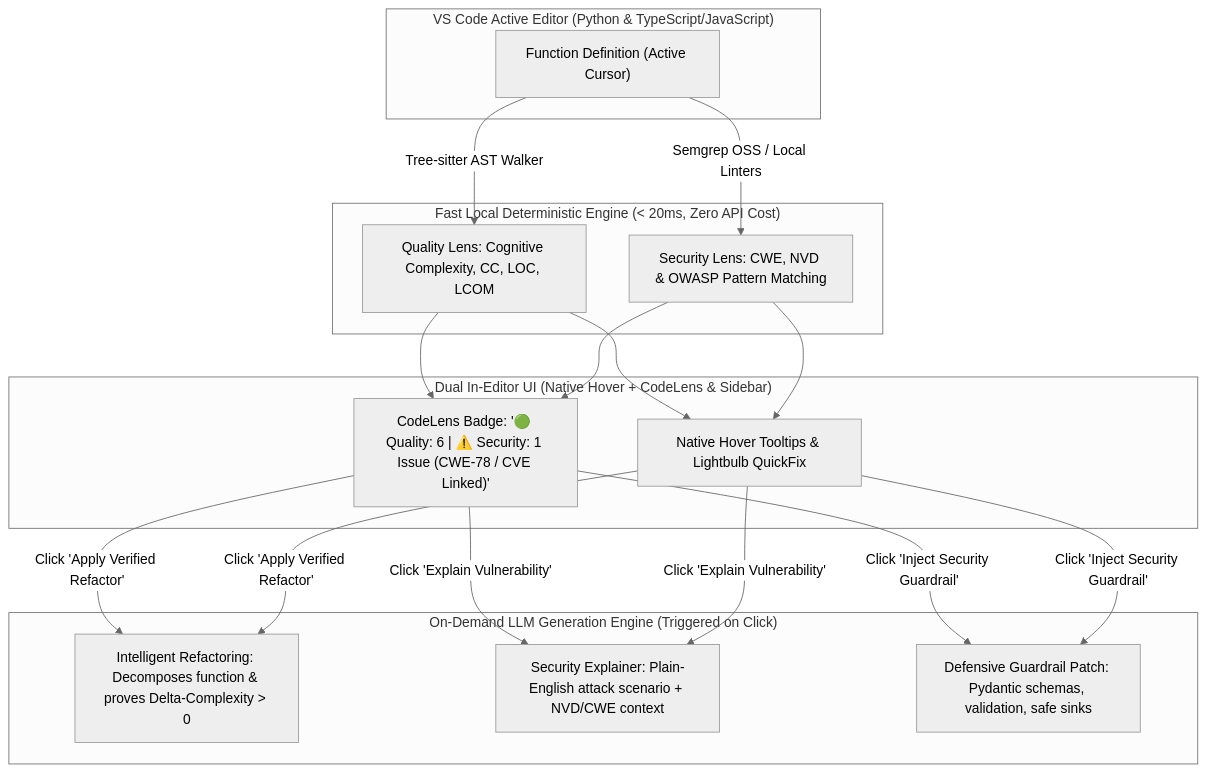
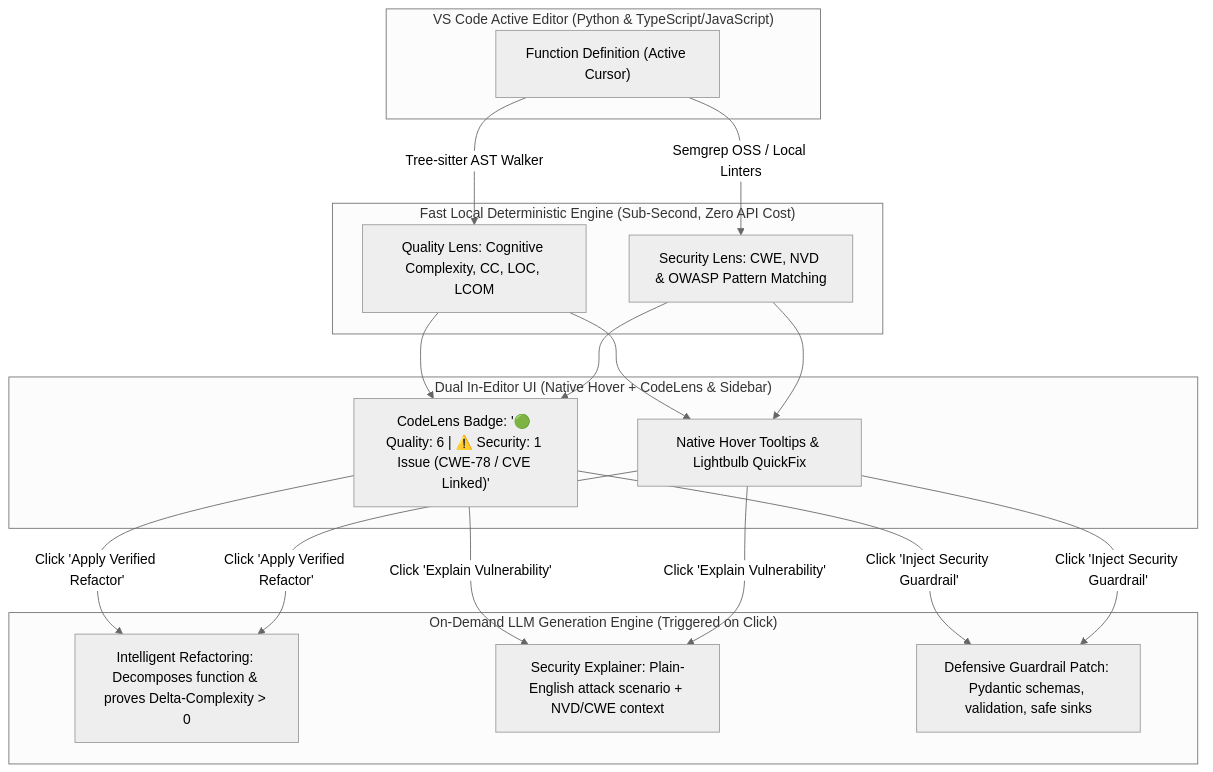
Before and after one commit to Fool-Penguin/Senior-Project: the first of 4 diagrams in 01_project_proposals/01_Project_Specification.md, drawn with Mermaid (neutral theme). The commit also changed other lines of this file and 1 other file, not shown here.

````diff
--- a/01_project_proposals/01_Project_Specification.md
+++ b/01_project_proposals/01_Project_Specification.md
@@ -49,22 +49,22 @@
 ```mermaid
 flowchart TD
     subgraph Editor ["VS Code Active Editor (Python & TypeScript/JavaScript)"]
         F1["Function Definition (Active Cursor)"]
     end
 
-    subgraph FastLocalEngine ["Fast Local Deterministic Engine (< 20ms, Zero API Cost)"]
+    subgraph FastLocalEngine ["Fast Local Deterministic Engine (Sub-Second, Zero API Cost)"]
         F1 -->|"Tree-sitter AST Walker"| Q1["Quality Lens: Cognitive Complexity, CC, LOC, LCOM"]
         F1 -->|"Semgrep OSS / Local Linters"| S1["Security Lens: CWE, NVD & OWASP Pattern Matching"]
     end
 
     subgraph InEditorDisplay ["Dual In-Editor UI (Native Hover + CodeLens & Sidebar)"]
         Q1 & S1 --> UI1["CodeLens Badge: '🟢 Quality: 6 | ⚠️ Security: 1 Issue (CWE-78 / CVE Linked)'"]
         Q1 & S1 --> UI2["Native Hover Tooltips & Lightbulb QuickFix"]
     end
 
     subgraph OnDemandLLM ["On-Demand LLM Generation Engine (Triggered on Click)"]
         UI1 & UI2 -->|"Click 'Apply Verified Refactor'"| LLM1["Intelligent Refactoring: Decomposes function & proves Delta-Complexity > 0"]
         UI1 & UI2 -->|"Click 'Explain Vulnerability'"| LLM2["Security Explainer: Plain-English attack scenario + NVD/CWE context"]
         UI1 & UI2 -->|"Click 'Inject Security Guardrail'"| LLM3["Defensive Guardrail Patch: Pydantic schemas, validation, safe sinks"]
     end
 ```
````
